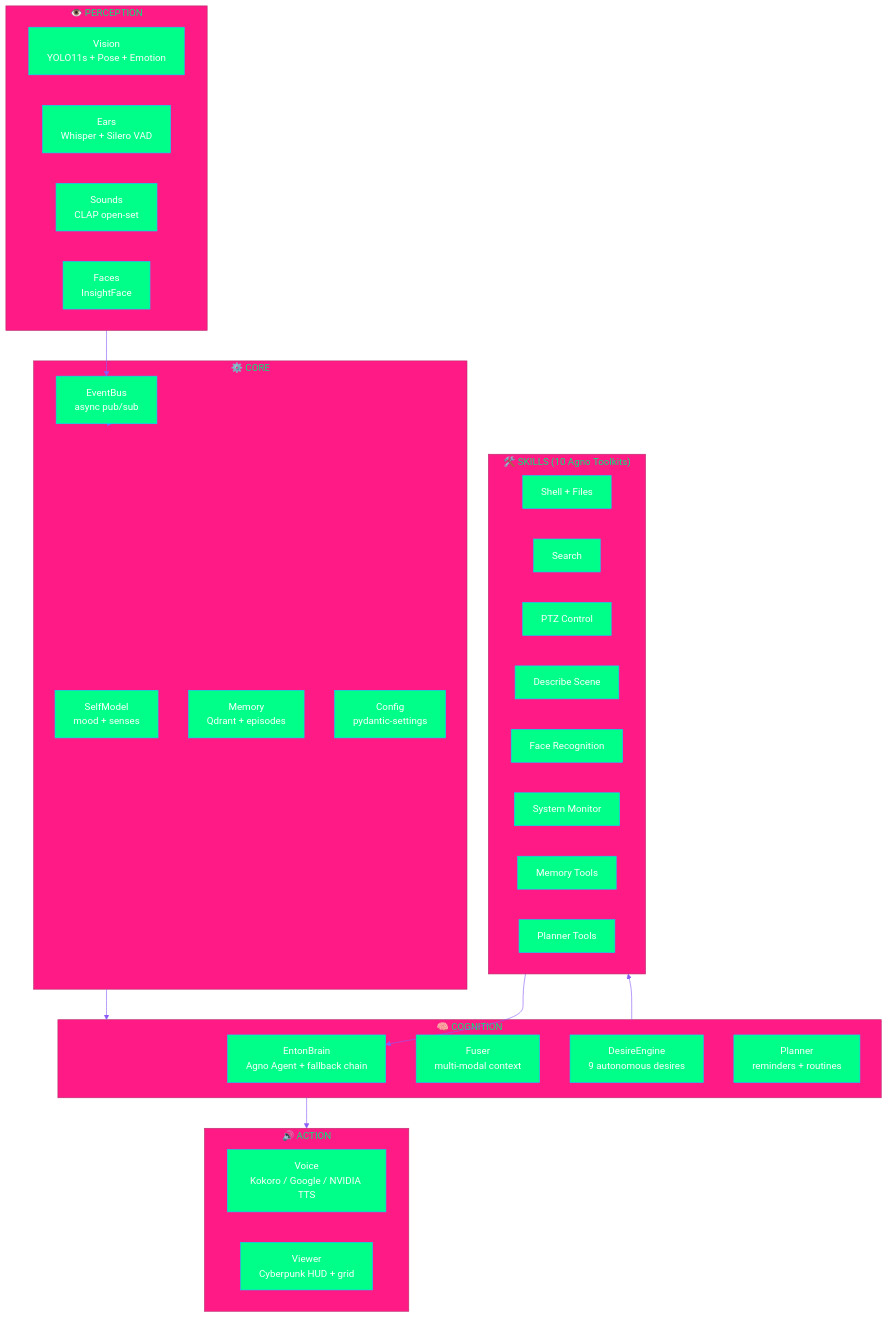
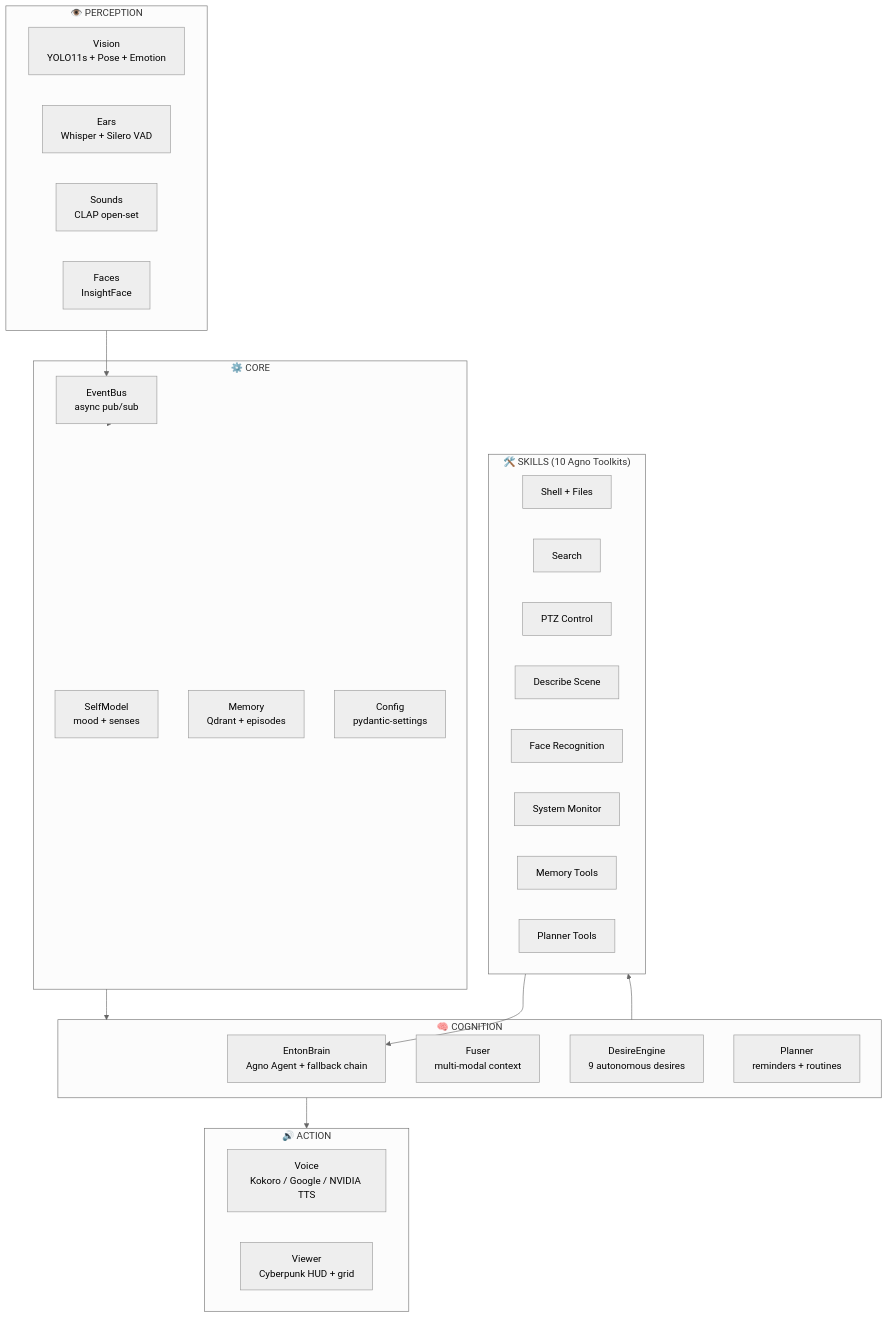
Before and after one commit to gabrielmaialva33/enton: the second of 2 diagrams in README.md, drawn with Mermaid. The commit also changed other lines of this file, not shown here.

````diff
--- a/README.md
+++ b/README.md
@@ -121,47 +121,47 @@
 ```mermaid
-%%{init: {'theme': 'base', 'themeVariables': { 'primaryColor': '#00ff88', 'primaryTextColor': '#fff', 'primaryBorderColor': '#00d4ff', 'lineColor': '#8b5cf6', 'secondaryColor': '#0a0a1a'}}}%%
+%%{init: {'theme': 'neutral'}}%%
 graph TB
     subgraph PERCEPTION["👁️ PERCEPTION"]
         V[Vision<br/>YOLO11s + Pose + Emotion]
         E[Ears<br/>Whisper + Silero VAD]
         S[Sounds<br/>CLAP open-set]
         F[Faces<br/>InsightFace]
     end
 
     subgraph CORE["⚙️ CORE"]
         BUS[EventBus<br/>async pub/sub]
         SM[SelfModel<br/>mood + senses]
         MEM[Memory<br/>Qdrant + episodes]
         CFG[Config<br/>pydantic-settings]
     end
 
     subgraph COGNITION["🧠 COGNITION"]
         BRAIN[EntonBrain<br/>Agno Agent + fallback chain]
         FUSER[Fuser<br/>multi-modal context]
         DES[DesireEngine<br/>9 autonomous desires]
         PLAN[Planner<br/>reminders + routines]
     end
 
     subgraph SKILLS["🛠️ SKILLS (10 Agno Toolkits)"]
         SH[Shell + Files]
         SR[Search]
         PT[PTZ Control]
         DS[Describe Scene]
         FC[Face Recognition]
         SY[System Monitor]
         ME[Memory Tools]
         PL[Planner Tools]
     end
 
     subgraph ACTION["🔊 ACTION"]
         VOICE[Voice<br/>Kokoro / Google / NVIDIA TTS]
         VIEWER[Viewer<br/>Cyberpunk HUD + grid]
     end
 
     PERCEPTION --> BUS
     BUS --> CORE
     CORE --> COGNITION
     COGNITION --> SKILLS
     COGNITION --> ACTION
     SKILLS --> BRAIN
 ```
````
